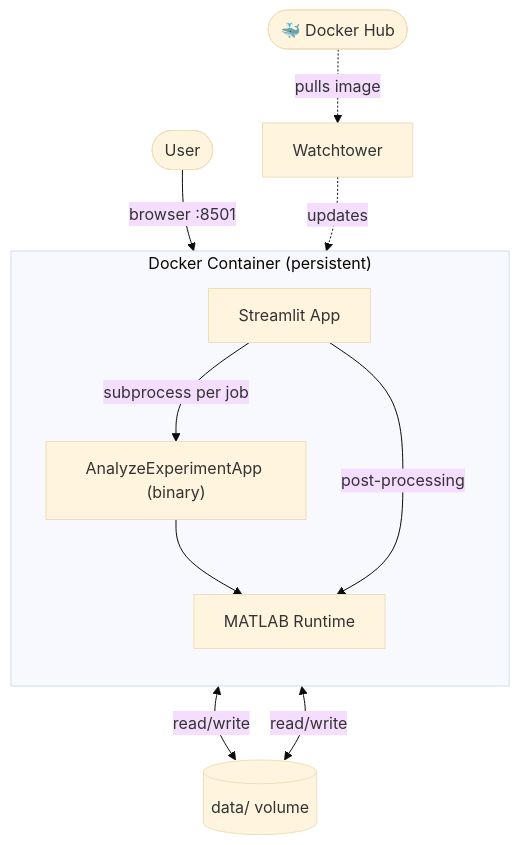
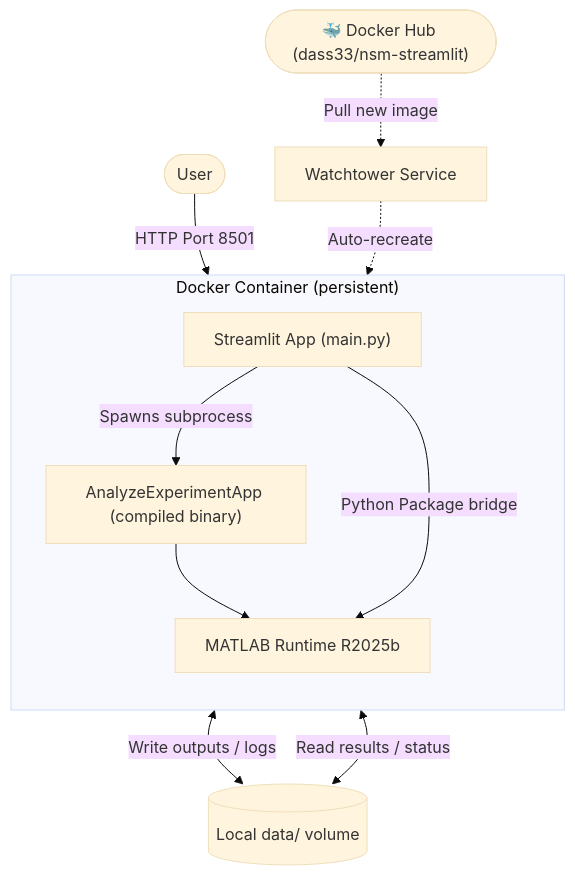
One commit to Dass33/MatlabPoC changed the diagram in docs/index.md. Above: the diagram before and after it, drawn with Mermaid (base theme). The commit also changed other lines of this file and 3 other files, not shown here.

````diff
--- a/docs/index.md
+++ b/docs/index.md
@@ -9,24 +13,25 @@
 ```mermaid
 flowchart TB
     User(["User"])
 
     subgraph Container["Docker Container (persistent)"]
         direction TB
-        Streamlit["Streamlit App"]
-        MCR["MATLAB Runtime"]
-        Binary["AnalyzeExperimentApp (binary)"]
-        Streamlit -->|"subprocess per job"| Binary
+        Streamlit["Streamlit App (main.py)"]
+        MCR["MATLAB Runtime R2025b"]
+        Binary["AnalyzeExperimentApp (compiled binary)"]
+        
+        Streamlit -->|"Spawns subprocess"| Binary
         Binary --> MCR
-        Streamlit -->|"post-processing"| MCR
+        Streamlit -->|"Python Package bridge"| MCR
     end
 
-    DataVol[("data/ volume")]
-    DockerHub(["🐳 Docker Hub"])
-    Watchtower["Watchtower"]
+    DataVol[("Local data/ volume")]
+    DockerHub(["🐳 Docker Hub (dass33/nsm-streamlit)"])
+    Watchtower["Watchtower Service"]
 
-    User -->|"browser :8501"| Streamlit
-    Binary <-->|"read/write"| DataVol
-    Streamlit <-->|"read/write"| DataVol
-    DockerHub -.->|"pulls image"| Watchtower
-    Watchtower -.->|"updates"| Container
+    User -->|"HTTP Port 8501"| Streamlit
+    Binary <-->|"Write outputs / logs"| DataVol
+    Streamlit <-->|"Read results / status"| DataVol
+    DockerHub -.->|"Pull new image"| Watchtower
+    Watchtower -.->|"Auto-recreate"| Container
 ```
````
